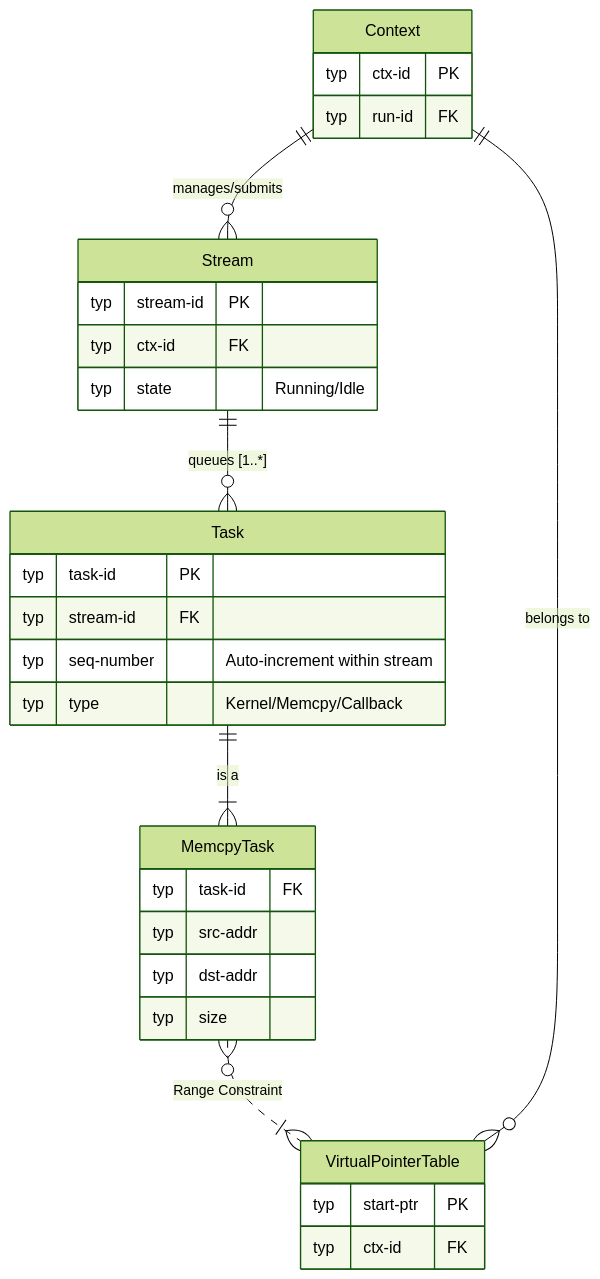
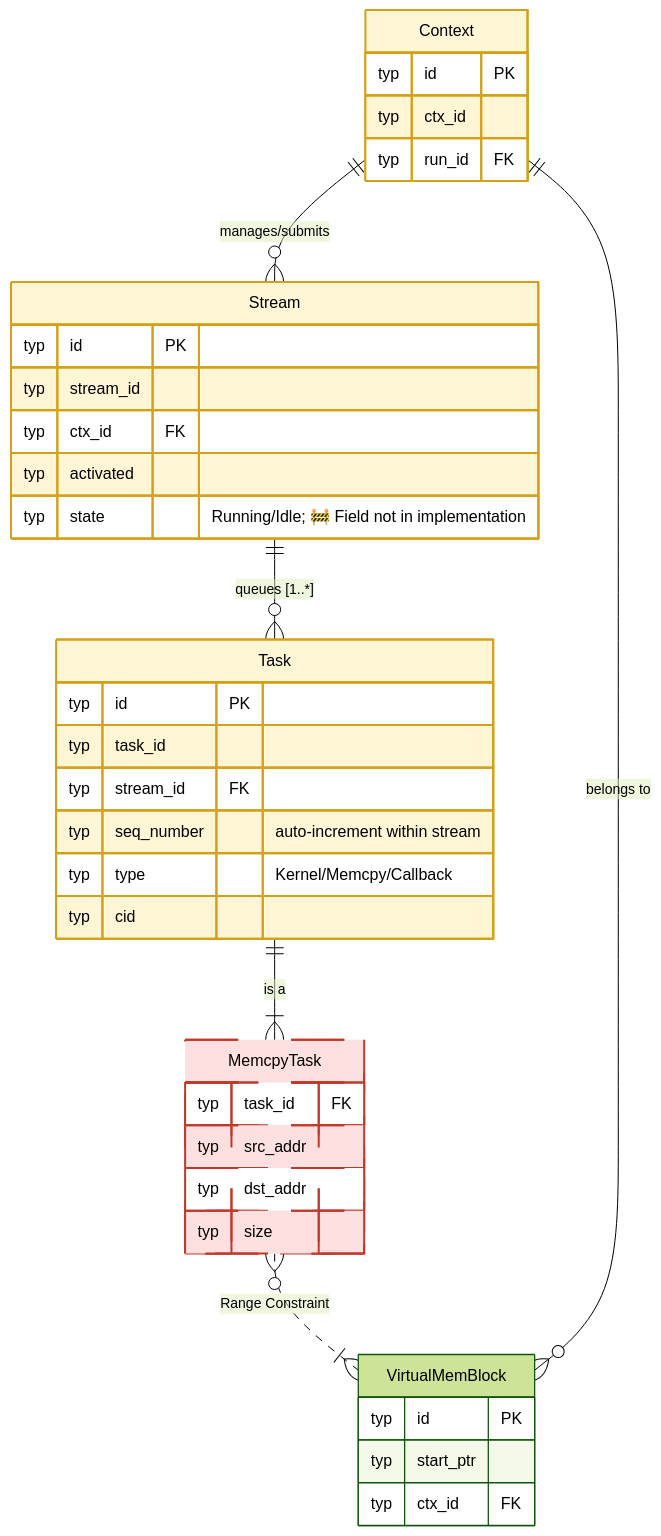
Before and after one commit to Fengfengst123/hcomm-mirror: the sixth of 19 diagrams in test/hccl_vm/docs/simulator_runner_data_model_en.md, drawn with Mermaid (forest theme). The commit also changed other lines of this file and 701 other files, not shown here.

````diff
--- a/test/hccl_vm/docs/simulator_runner_data_model_en.md
+++ b/test/hccl_vm/docs/simulator_runner_data_model_en.md
@@ -455,45 +589,59 @@
 ```mermaid
 erDiagram
     Context {
-        typ ctx-id PK
-        typ run-id FK
+        typ id PK
+        typ ctx_id
+        typ run_id FK
     }
 
     Stream {
-        typ stream-id PK
-        typ ctx-id FK
-        typ state "Running/Idle"
+        typ id PK
+        typ stream_id
+        typ ctx_id FK
+        typ activated
+        typ state "Running/Idle; 🚧 Field not in implementation"
     }
+    %% Implementation has no state field; running state expressed by activated/capture_status/task_complete_status
 
     %% Stream contains an ordered task list
     Context ||--o{ Stream : "manages/submits"
     Stream ||--o{ Task : "queues [1..*]"
 
     Task {
-        typ task-id PK
-        typ stream-id FK
-        typ seq-number "Auto-increment within stream"
+        typ id PK
+        typ task_id
+        typ stream_id FK
+        typ seq_number "auto-increment within stream"
         typ type "Kernel/Memcpy/Callback"
+        typ cid
     }
 
-    %% Various concrete Task types (logical inheritance)
+    %% Various specific Task types (logical inheritance)
     MemcpyTask {
-        typ task-id FK
-        typ src-addr
-        typ dst-addr
+        typ task_id FK
+        typ src_addr
+        typ dst_addr
         typ size
     }
 
-    %% Inheritance expression (Task has multiple subtypes)
+    %% Logical expression of inheritance (Task has multiple types)
+    %% 🧠 Process-private candidate: Context / Stream / Task (only accessed by src/proxy)
+    %% MemcpyTask distinguished by Task.type (implementation only creates Task table)
     Task ||--|{ MemcpyTask : "is a"
 
-    %% MemcpyTask addresses must be addressable in VirtualPointerTable
-    MemcpyTask }o..|{ VirtualPointerTable : "Range Constraint"
-    VirtualPointerTable {
-        typ start-ptr PK
-        typ ctx-id FK
+    %% MemcpyTask addresses should be addressable within VirtualMemBlock
+    MemcpyTask }o..|{ VirtualMemBlock : "Range Constraint"
+    VirtualMemBlock {
+        typ id PK
+        typ start_ptr
+        typ ctx_id FK
     }
 
-    VirtualPointerTable }o--|| Context : "belongs to"
+    VirtualMemBlock }o--|| Context : "belongs to"
+
+    classDef unimplemented fill:#ffe0e0,stroke:#c0392b,stroke-width:2px,stroke-dasharray:5 3
+    classDef inproc fill:#fff6d6,stroke:#d4a017,stroke-width:2px
+    class MemcpyTask unimplemented
+    class Context,Stream,Task inproc
 
 ```
````
